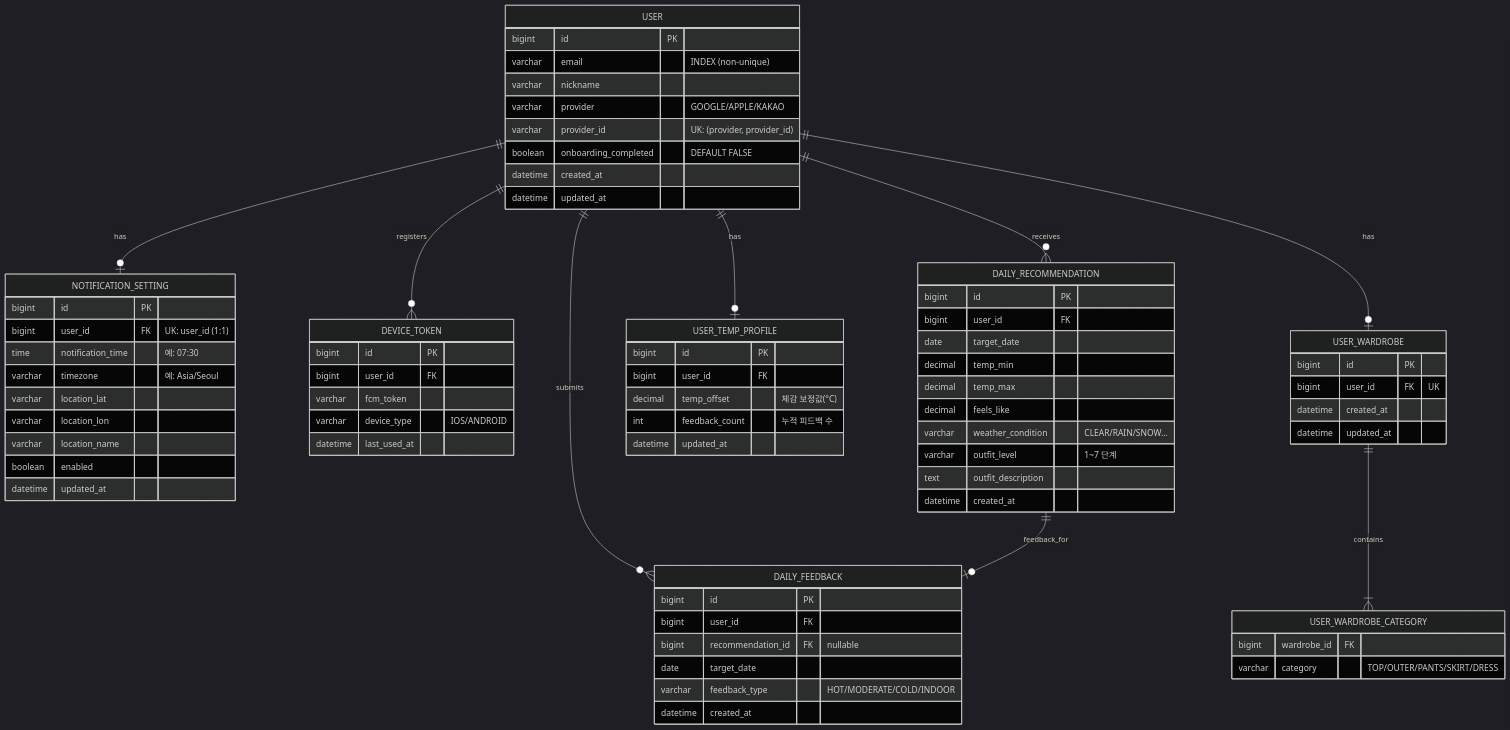
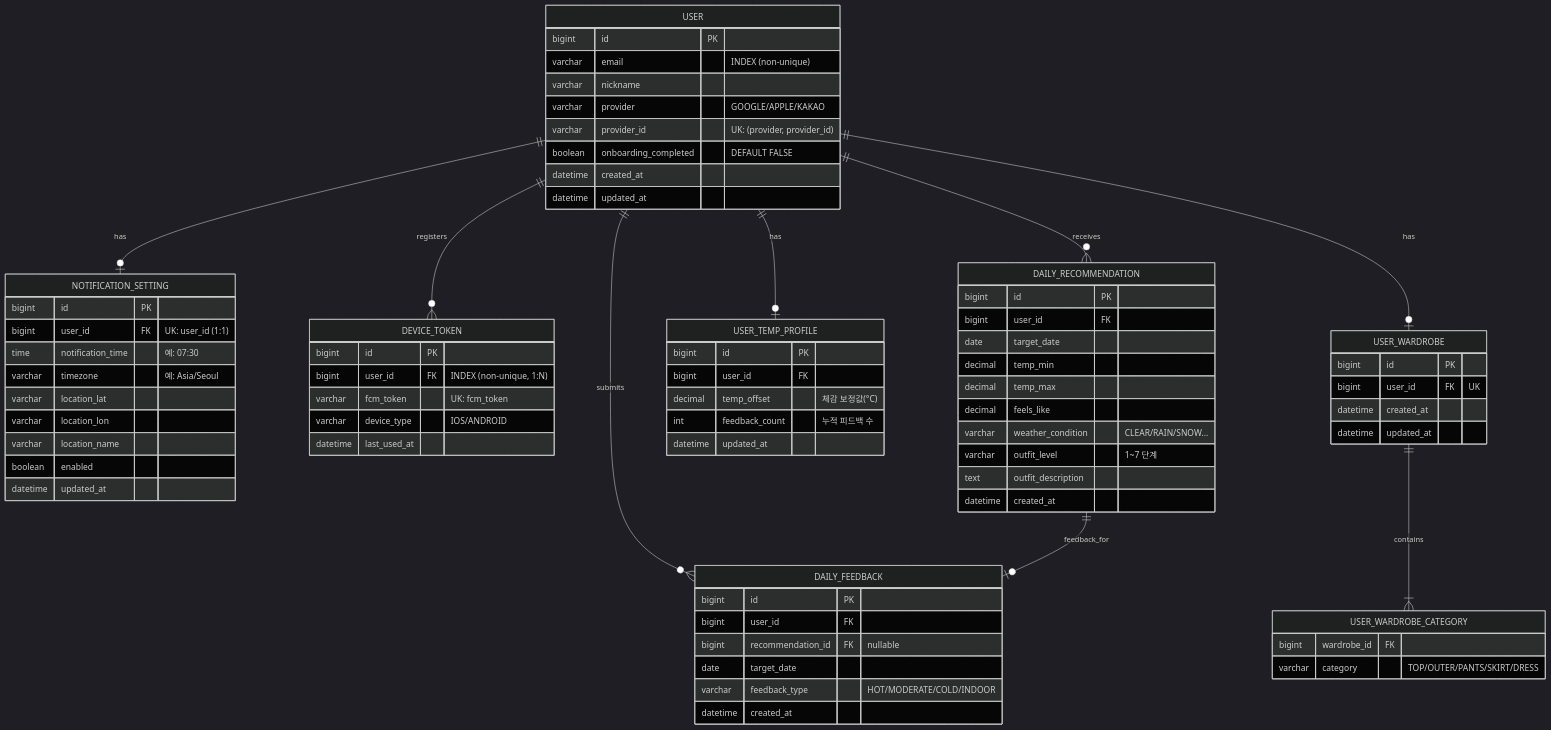
The diagram in docs/04-erd.md (najang/OMO), drawn with Mermaid (dark theme) before and after one commit. The commit also changed other lines of this file and 8 other files, not shown here.

```diff
--- a/docs/04-erd.md
+++ b/docs/04-erd.md
@@ -36,8 +36,8 @@
 
     DEVICE_TOKEN {
         bigint id PK
-        bigint user_id FK
-        varchar fcm_token
+        bigint user_id FK "INDEX (non-unique, 1:N)"
+        varchar fcm_token "UK: fcm_token"
         varchar device_type "IOS/ANDROID"
         datetime last_used_at
     }
```
